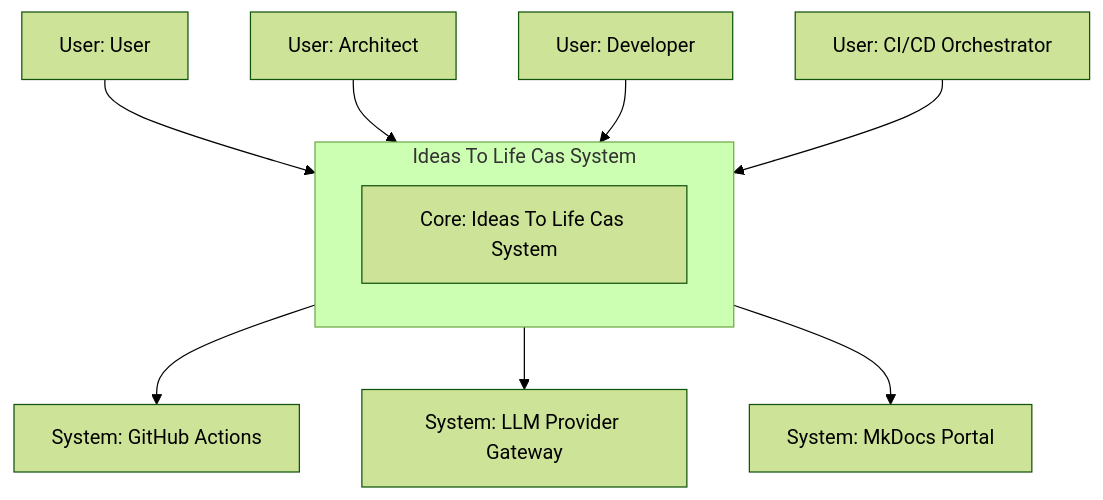
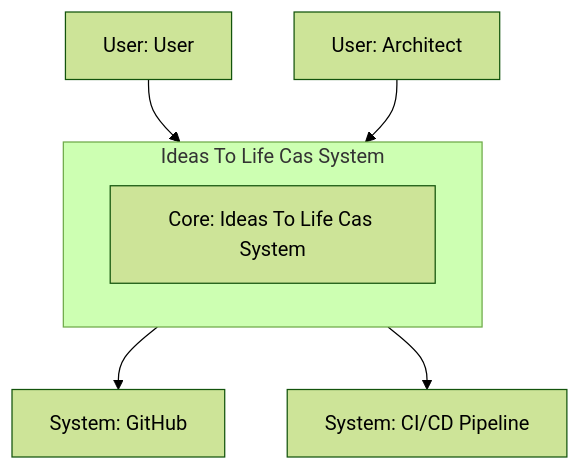
Before and after one commit to cas-governance-portal/cas-governance-portal.github.io: the diagram in projects/ideas-to-life-cas/architecture-state/diagrams/system-context.mmd, drawn with Mermaid (forest theme). The commit also changed 27 other files, not shown here.

```diff
--- a/projects/ideas-to-life-cas/architecture-state/diagrams/system-context.mmd
+++ b/projects/ideas-to-life-cas/architecture-state/diagrams/system-context.mmd
@@ -1,18 +1,12 @@
 flowchart TD
     subgraph SysBoundary["Ideas To Life Cas System"]
         CoreSys["Core: Ideas To Life Cas System"]
     end
     Actor0["User: User"]
     Actor1["User: Architect"]
-    Actor2["User: Developer"]
-    Actor3["User: CI/CD Orchestrator"]
-    ExtSys0["System: GitHub Actions"]
-    ExtSys1["System: LLM Provider Gateway"]
-    ExtSys2["System: MkDocs Portal"]
+    ExtSys0["System: GitHub"]
+    ExtSys1["System: CI/CD Pipeline"]
     Actor0 --> SysBoundary
     Actor1 --> SysBoundary
-    Actor2 --> SysBoundary
-    Actor3 --> SysBoundary
     SysBoundary --> ExtSys0
     SysBoundary --> ExtSys1
-    SysBoundary --> ExtSys2
```
